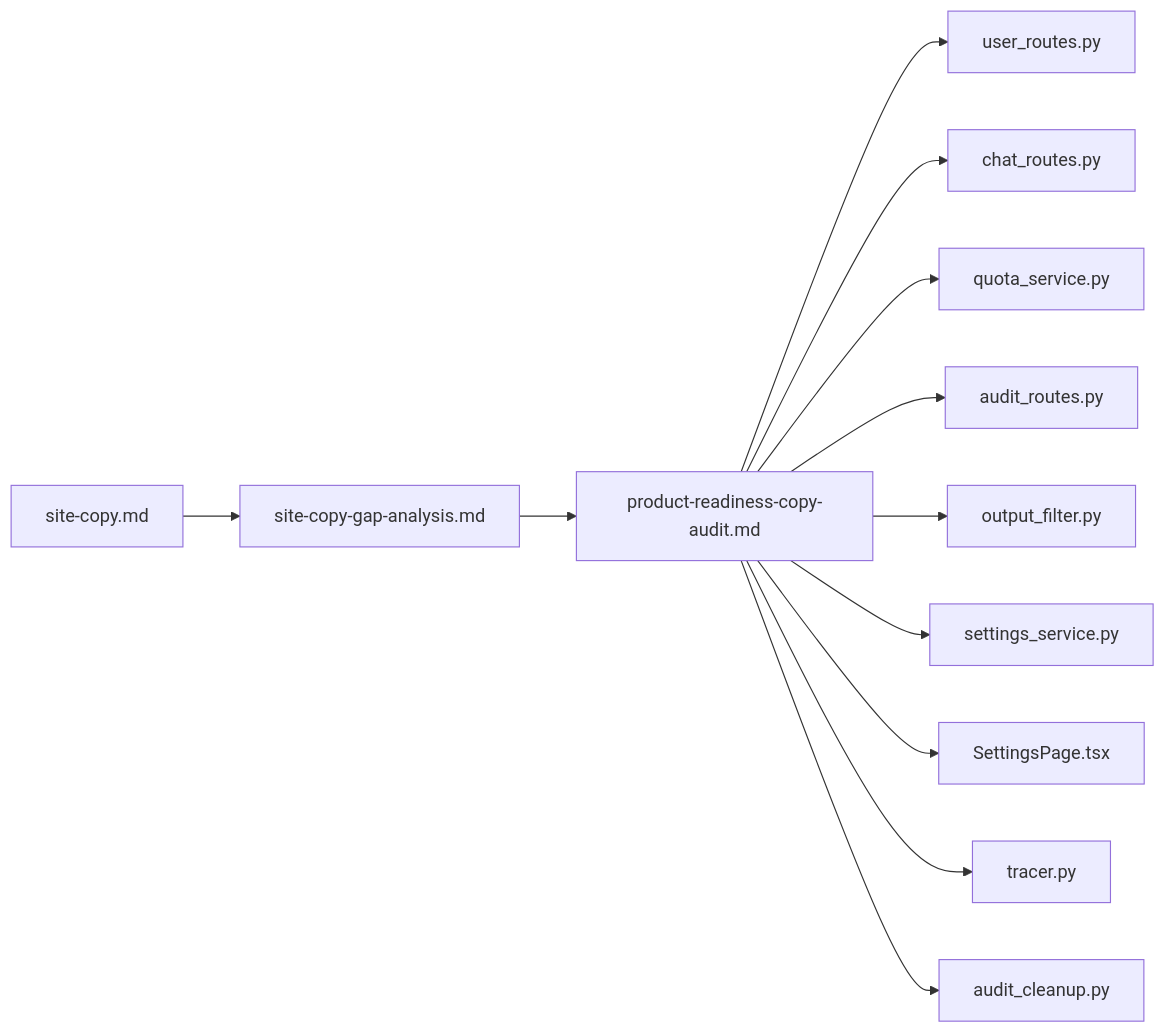
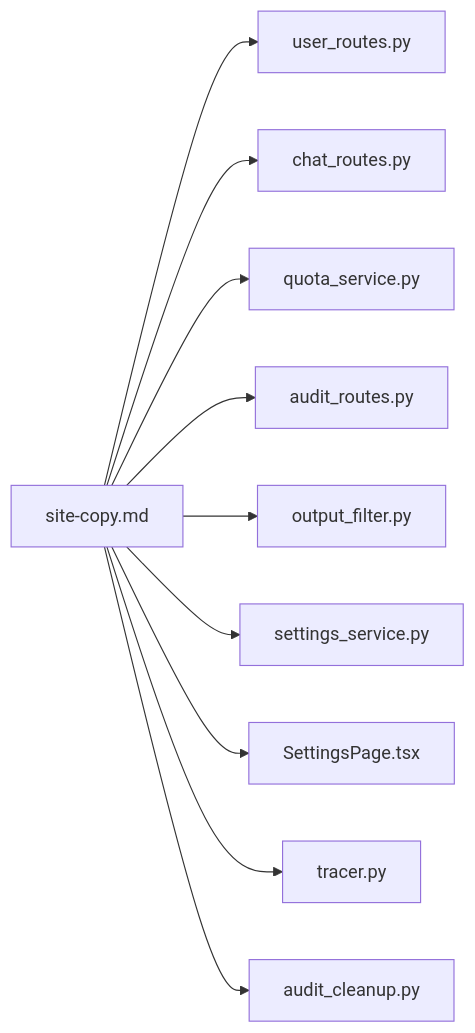
The fifth of 5 diagrams in .qoder/repowiki/en/content/Project Overview/Product Readiness Copy Audit.md (genes8/private-ai), drawn with Mermaid before and after one commit. The commit also changed other lines of this file and 19 other files, not shown here.

First line of the commit message:
feat(rag): grounded inference answer contract, numbered citations, output filter inference guard

````diff
--- a/.qoder/repowiki/en/content/Project Overview/Product Readiness Copy Audit.md
+++ b/.qoder/repowiki/en/content/Project Overview/Product Readiness Copy Audit.md
@@ -258,14 +256,12 @@
 ```mermaid
 graph LR
-SC["site-copy.md"] --> GA["site-copy-gap-analysis.md"]
-GA --> PR["product-readiness-copy-audit.md"]
-PR --> US["user_routes.py"]
-PR --> CH["chat_routes.py"]
-PR --> QU["quota_service.py"]
-PR --> AR["audit_routes.py"]
-PR --> OF["output_filter.py"]
-PR --> ST["settings_service.py"]
-PR --> SP["SettingsPage.tsx"]
-PR --> TR["tracer.py"]
-PR --> AC["audit_cleanup.py"]
+SC["site-copy.md"] --> US["user_routes.py"]
+SC --> CH["chat_routes.py"]
+SC --> QU["quota_service.py"]
+SC --> AR["audit_routes.py"]
+SC --> OF["output_filter.py"]
+SC --> ST["settings_service.py"]
+SC --> SP["SettingsPage.tsx"]
+SC --> TR["tracer.py"]
+SC --> AC["audit_cleanup.py"]
 ```
````
